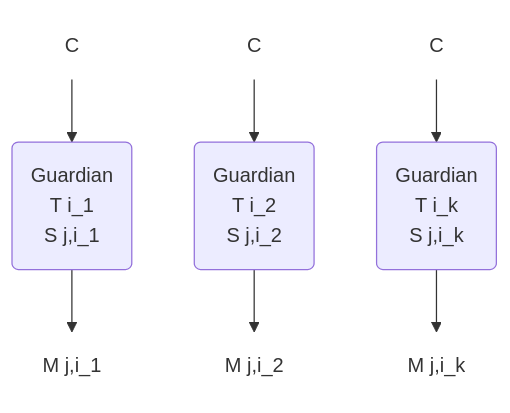
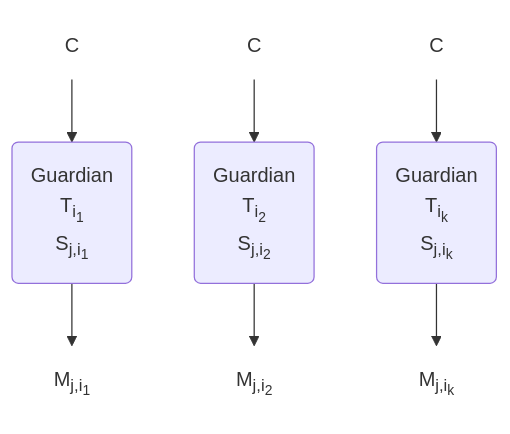
The fourth of 5 diagrams in docs/concepts/Structure_and_Processes.md (Election-Tech-Initiative/electionguard), drawn with Mermaid before and after one commit. The commit also changed other lines of this file and 1 other file, not shown here.

````diff
--- a/docs/concepts/Structure_and_Processes.md
+++ b/docs/concepts/Structure_and_Processes.md
@@ -205,15 +203,15 @@
 ```mermaid
     graph TD
-    A("Guardian <br /> T i_1<br />S j,i_1")-->B(M j,i_1);
-    C("Guardian <br /> T i_2<br />S j,i_2")-->D(M j,i_2);
+    A("Guardian <br /> T<sub>i<sub>1</sub></sub><br />S<sub>j,i<sub>1</sub></sub>")-->B(M<sub>j,i<sub>1</sub></sub>);
+    C("Guardian <br /> T<sub>i<sub>2</sub></sub><br />S<sub>j,i<sub>2</sub></sub>")-->D(M<sub>j,i<sub>2</sub></sub>);
     A1(C)-->A;
     C1(C)-->C;
-    E("Guardian <br />T i_k<br />S j,i_k")-->F(M j,i_k);
+    E("Guardian <br />T<sub>i<sub>k</sub></sub><br />S<sub>j,i<sub>k</sub></sub>")-->F(M<sub>j,i<sub>k</sub></sub>);
     E1(C)-->E;
     style B fill:#FFFFFF00,stroke:#FFFFFF00
     style D fill:#FFFFFF00,stroke:#FFFFFF00
     style C1 fill:#FFFFFF00,stroke:#FFFFFF00
     style A1 fill:#FFFFFF00,stroke:#FFFFFF00
     style E1 fill:#FFFFFF00,stroke:#FFFFFF00
     style F fill:#FFFFFF00,stroke:#FFFFFF00
 ```
````
